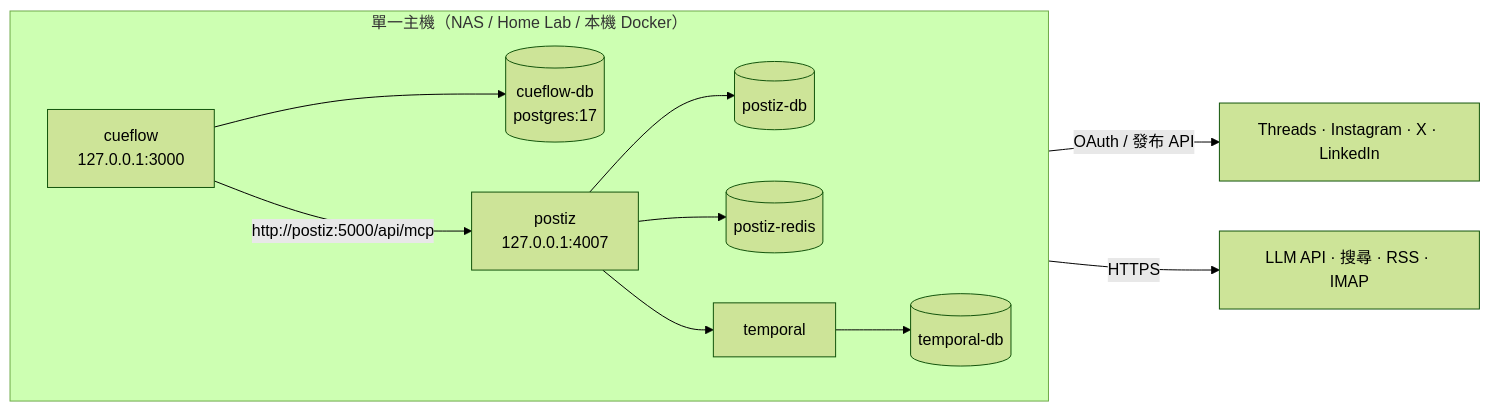
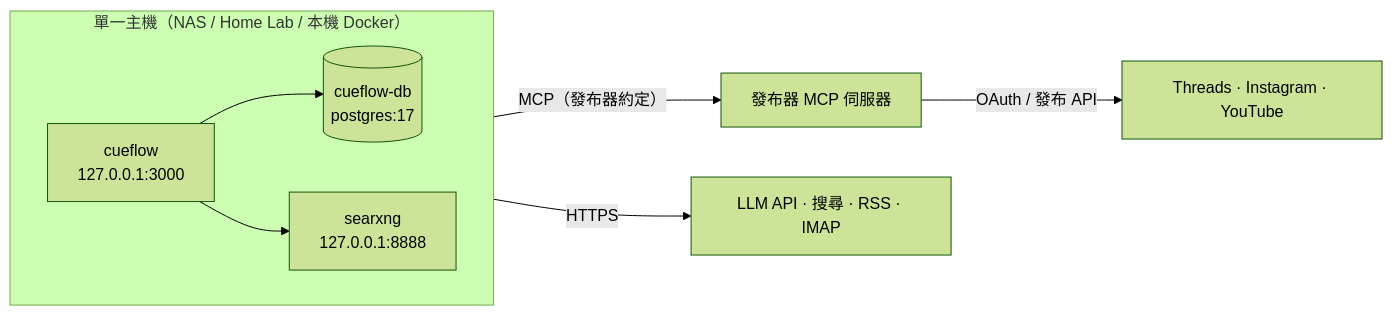
One commit to j75689/cueflow changed the sixth of 6 diagrams in docs/zh-TW/architecture.md. Above: the diagram before and after it, drawn with Mermaid (forest theme). The commit also changed other lines of this file and 40 other files, not shown here.

First line of the commit message:
feat!: drop Postiz and ship a mock publisher for the MCP publisher contract (#7)

````diff
--- a/docs/zh-TW/architecture.md
+++ b/docs/zh-TW/architecture.md
@@ -315,13 +315,10 @@
 ```mermaid
 flowchart LR
     subgraph Host["單一主機（NAS / Home Lab / 本機 Docker）"]
         direction LR
         CF["cueflow<br/>127.0.0.1:3000"] --> CFDB[("cueflow-db<br/>postgres:17")]
-        CF -->|"http://postiz:5000/api/mcp"| PZ["postiz<br/>127.0.0.1:4007"]
-        PZ --> PZDB[("postiz-db")]
-        PZ --> RD[("postiz-redis")]
-        PZ --> TP["temporal"] --> TPDB[("temporal-db")]
+        CF --> SX["searxng<br/>127.0.0.1:8888"]
     end
-    PZ -->|"OAuth / 發布 API"| SNS["Threads · Instagram · X · LinkedIn"]
+    CF -->|"MCP（發布器約定）"| PUB["發布器 MCP 伺服器"] -->|"OAuth / 發布 API"| SNS["Threads · Instagram · YouTube"]
     CF -->|"HTTPS"| EXT["LLM API · 搜尋 · RSS · IMAP"]
 ```
````
